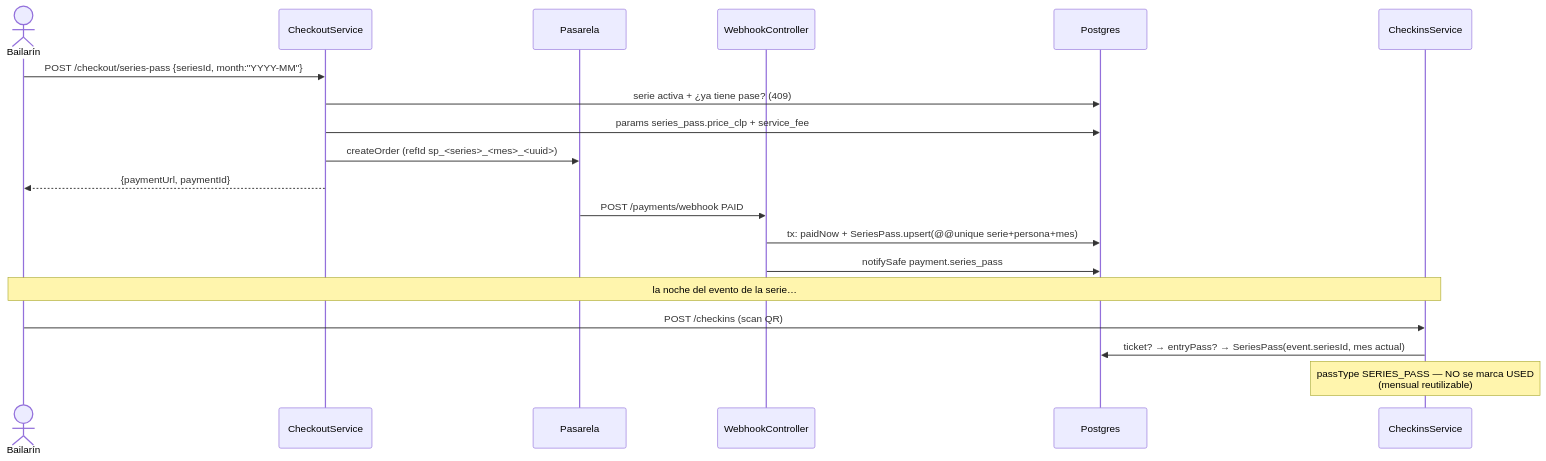
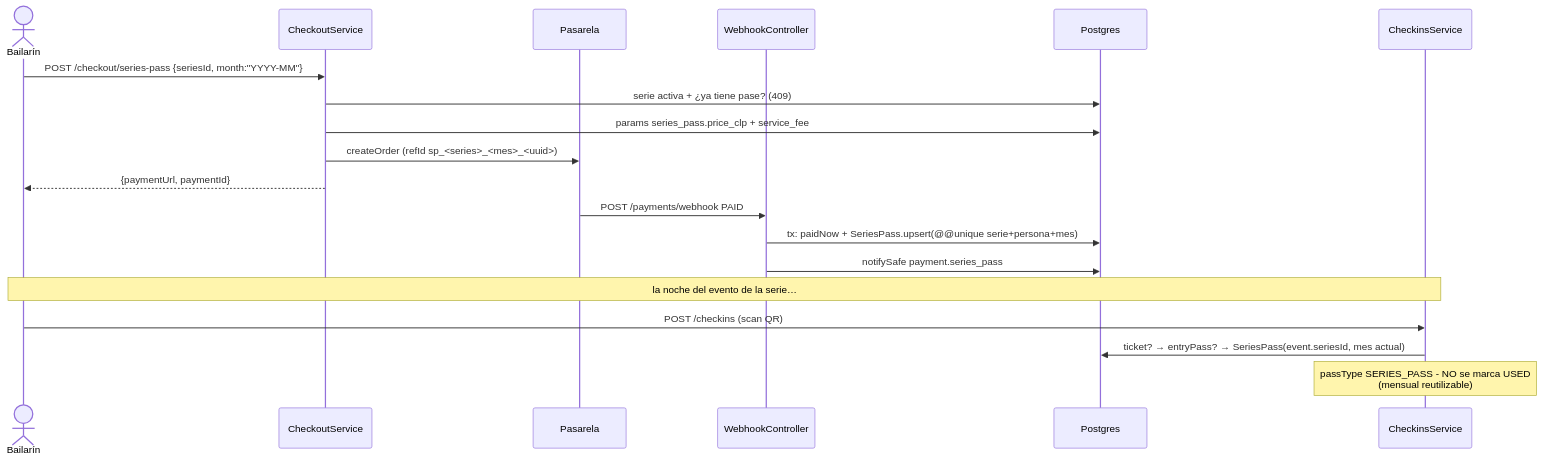
Diagram 18 of 31 in docs/flows.md (EduardoSalasG/omnidance), drawn with Mermaid before and after one commit. The commit also changed other lines of this file and 436 other files, not shown here.

````diff
--- a/docs/flows.md
+++ b/docs/flows.md
@@ -353,22 +353,22 @@
 ```mermaid
 sequenceDiagram
     actor U as Bailarín
     participant API as CheckoutService
     participant GW as Pasarela
     participant WH as WebhookController
     participant DB as Postgres
     participant CK as CheckinsService
 
     U->>API: POST /checkout/series-pass {seriesId, month:"YYYY-MM"}
     API->>DB: serie activa + ¿ya tiene pase? (409)
     API->>DB: params series_pass.price_clp + service_fee
     API->>GW: createOrder (refId sp_<series>_<mes>_<uuid>)
     API-->>U: {paymentUrl, paymentId}
     GW->>WH: POST /payments/webhook PAID
     WH->>DB: tx: paidNow + SeriesPass.upsert(@@unique serie+persona+mes)
     WH->>DB: notifySafe payment.series_pass
     Note over U,CK: la noche del evento de la serie…
     U->>CK: POST /checkins (scan QR)
     CK->>DB: ticket? → entryPass? → SeriesPass(event.seriesId, mes actual)
-    Note over CK: passType SERIES_PASS — NO se marca USED<br/>(mensual reutilizable)
+    Note over CK: passType SERIES_PASS - NO se marca USED<br/>(mensual reutilizable)
 ```
````
